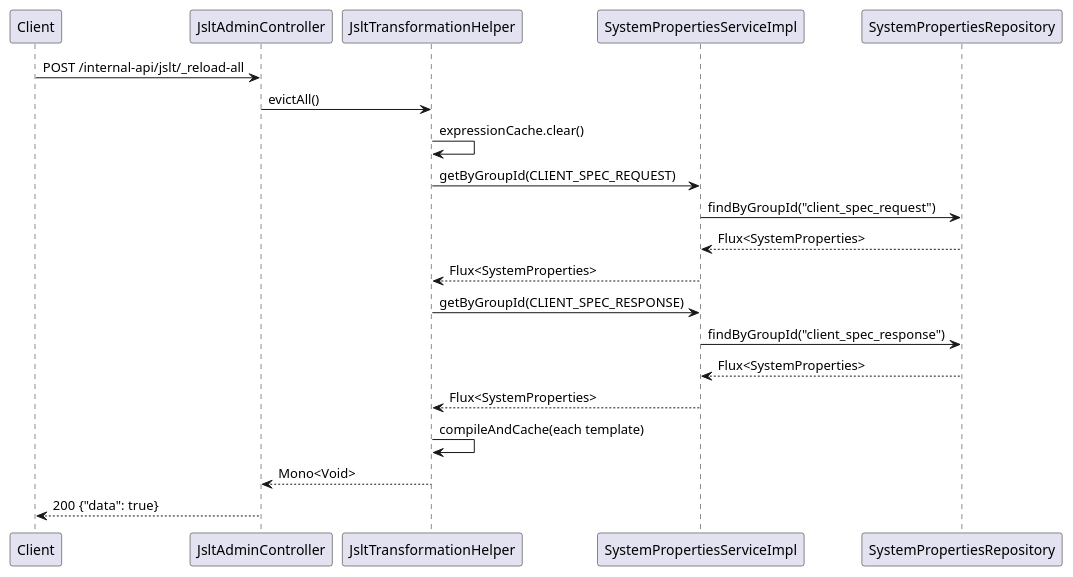
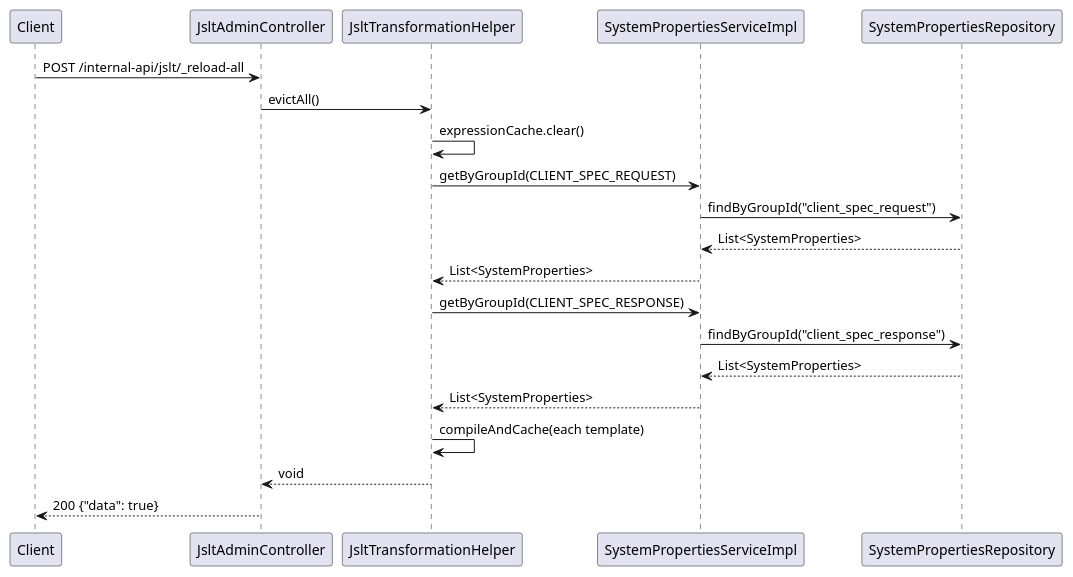
Before and after one commit to nantaaditya/sotres-boilerplate: diagram 13 of 14 in docs/api-reference.md, drawn with PlantUML. The commit also changed other lines of this file and 1 other file, not shown here.

````diff
--- a/docs/api-reference.md
+++ b/docs/api-reference.md
@@ -887,27 +893,27 @@
 ```plantuml
 @startuml
 participant Client
 participant "JsltAdminController" as Controller
 participant "JsltTransformationHelper" as Helper
 participant "SystemPropertiesServiceImpl" as Service
 participant "SystemPropertiesRepository" as Repo
 
 Client -> Controller : POST /internal-api/jslt/_reload-all
 Controller -> Helper : evictAll()
 Helper -> Helper : expressionCache.clear()
 
 Helper -> Service : getByGroupId(CLIENT_SPEC_REQUEST)
 Service -> Repo : findByGroupId("client_spec_request")
-Repo --> Service : Flux<SystemProperties>
-Service --> Helper : Flux<SystemProperties>
+Repo --> Service : List<SystemProperties>
+Service --> Helper : List<SystemProperties>
 
 Helper -> Service : getByGroupId(CLIENT_SPEC_RESPONSE)
 Service -> Repo : findByGroupId("client_spec_response")
-Repo --> Service : Flux<SystemProperties>
-Service --> Helper : Flux<SystemProperties>
+Repo --> Service : List<SystemProperties>
+Service --> Helper : List<SystemProperties>
 
 Helper -> Helper : compileAndCache(each template)
-Helper --> Controller : Mono<Void>
+Helper --> Controller : void
 Controller --> Client : 200 {"data": true}
 @enduml
 ```
````
